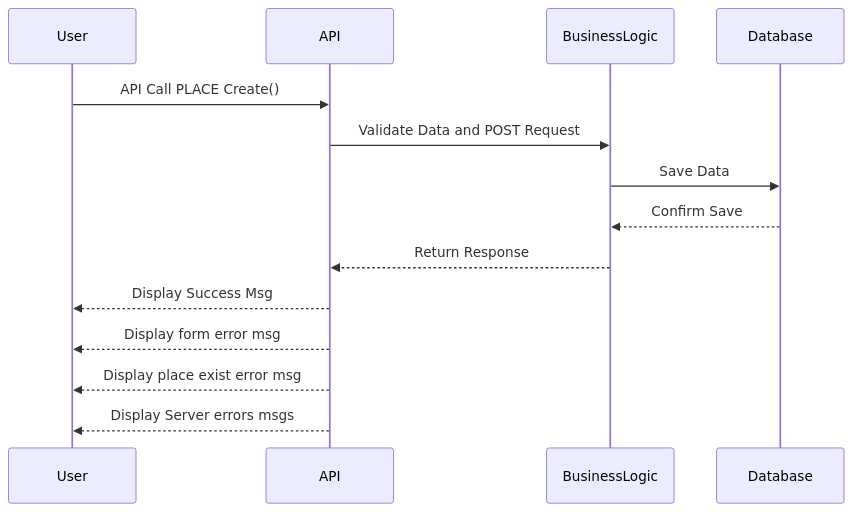
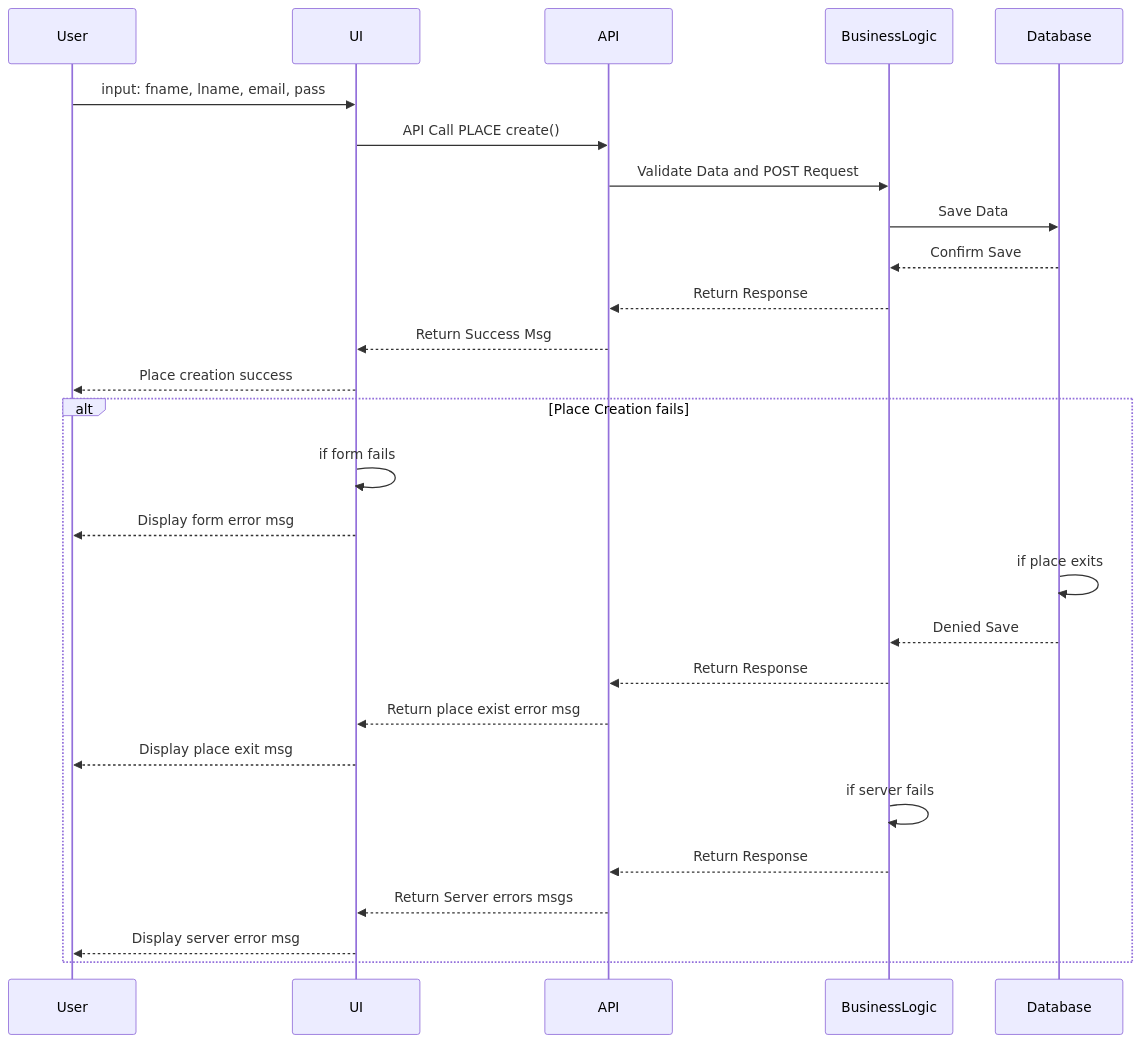
One commit to JulieRaph/holbertonschool-hbnb changed the second of 4 diagrams in part_1/sequence_diagrams.md. Above: the diagram before and after it, drawn with Mermaid. The commit also changed other lines of this file, not shown here.

Commit message:
Fix alt flows

````diff
--- a/part_1/sequence_diagrams.md
+++ b/part_1/sequence_diagrams.md
@@ -27,17 +40,30 @@
 ```mermaid
 sequenceDiagram
-participant User
-participant API
-participant BusinessLogic
-participant Database
+  participant User as User
+  participant UI as UI
+  participant API as API
+  participant BusinessLogic as BusinessLogic
+  participant Database as Database
 
-User->>API: API Call PLACE Create()
-API->>BusinessLogic: Validate Data and POST Request
-BusinessLogic->>Database: Save Data
-Database-->>BusinessLogic: Confirm Save
-BusinessLogic-->>API: Return Response
-API -->> User: Display Success Msg
-API -->> User: Display form error msg
-API -->> User: Display place exist error msg
-API -->> User: Display Server errors msgs
+  User ->> UI: input: fname, lname, email, pass
+  UI ->> API: API Call PLACE create()
+  API ->> BusinessLogic: Validate Data and POST Request
+  BusinessLogic ->> Database: Save Data
+  Database -->> BusinessLogic: Confirm Save
+  BusinessLogic -->> API: Return Response
+  API -->> UI: Return Success Msg
+  UI -->> User: Place creation success
+  alt Place Creation fails
+    UI ->> UI: if form fails
+    UI -->> User: Display form error msg
+    Database ->> Database: if place exits
+    Database -->> BusinessLogic: Denied Save
+    BusinessLogic -->> API: Return Response
+    API -->> UI: Return place exist error msg
+    UI -->> User: Display place exit msg
+    BusinessLogic ->> BusinessLogic: if server fails
+    BusinessLogic -->> API: Return Response
+    API -->> UI: Return Server errors msgs
+    UI -->> User: Display server error msg
+  end
 ```
````
